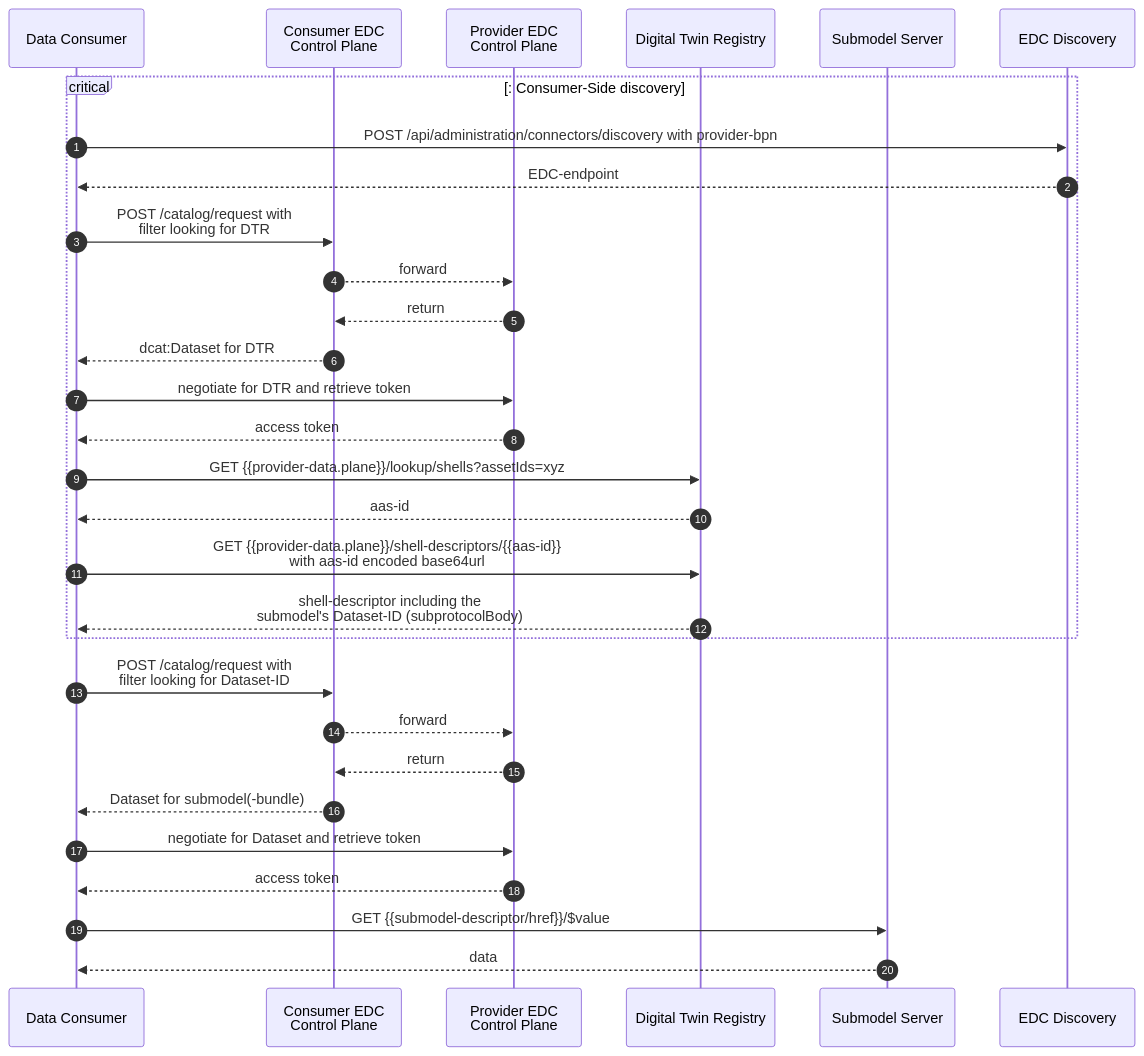
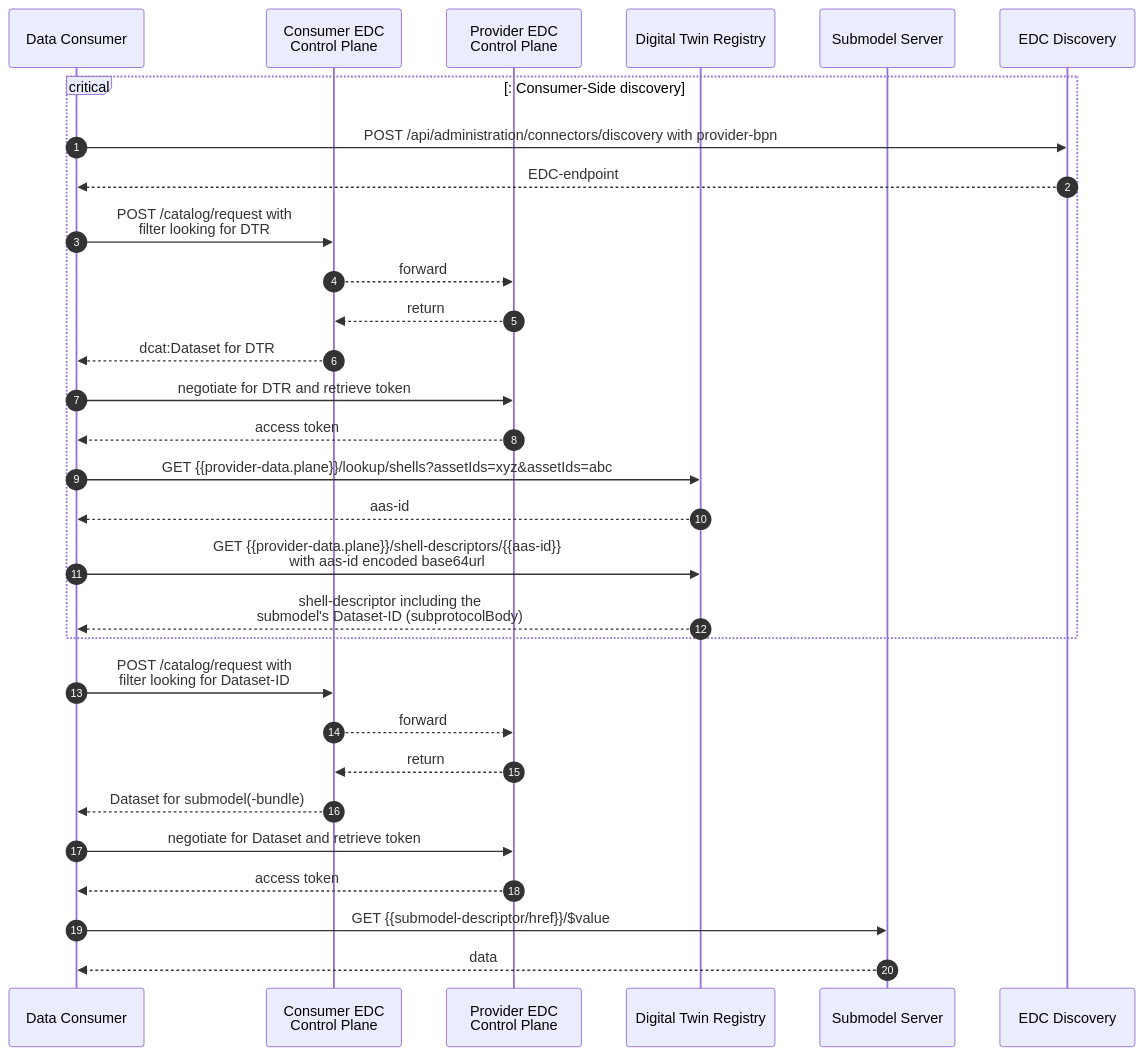
The third of 6 diagrams in docs-kits/kits/Digital Twin Kit/Software Development View/page_interaction-patterns.md (eclipse-tractusx/eclipse-tractusx.github.io), drawn with Mermaid before and after one commit. The commit also changed 1 other file, not shown here.

Commit message:
docs(dt): add guidance on passing multiple assetIds in /lookup/shells

````diff
--- a/docs-kits/kits/Digital Twin Kit/Software Development View/page_interaction-patterns.md
+++ b/docs-kits/kits/Digital Twin Kit/Software Development View/page_interaction-patterns.md
@@ -82,33 +82,33 @@
 ```mermaid
 sequenceDiagram
     participant Con as Data Consumer
     participant CEDC as Consumer EDC <br/>Control Plane
     participant PEDC as Provider EDC <br/>Control Plane
     participant DTR as Digital Twin Registry
     participant SM as Submodel Server
     participant EDCD as EDC Discovery
 
 autonumber
     critical: Consumer-Side discovery
         Con->>EDCD: POST /api/administration/connectors/discovery with provider-bpn
         EDCD-->>Con: EDC-endpoint
         Con->>CEDC: POST /catalog/request with <br/>filter looking for DTR
         CEDC-->>PEDC: forward
         PEDC-->>CEDC: return
         CEDC-->>Con: dcat:Dataset for DTR
         Con->>PEDC: negotiate for DTR and retrieve token
         PEDC-->>Con: access token
-        Con->>DTR: GET {{provider-data.plane}}/lookup/shells?assetIds=xyz
+        Con->>DTR: GET {{provider-data.plane}}/lookup/shells?assetIds=xyz&assetIds=abc
         DTR-->>Con: aas-id
         Con->>DTR: GET {{provider-data.plane}}/shell-descriptors/{{aas-id}} <br/> with aas-id encoded base64url
         DTR-->>Con: shell-descriptor including the  <br/> submodel's Dataset-ID (subprotocolBody)
      end
         Con->>CEDC: POST /catalog/request with <br/>filter looking for Dataset-ID
         CEDC-->>PEDC: forward
         PEDC-->>CEDC: return
         CEDC-->>Con: Dataset for submodel(-bundle)
         Con->>PEDC: negotiate for Dataset and retrieve token
         PEDC-->>Con: access token
         Con->>SM: GET {{submodel-descriptor/href}}/$value
         SM-->>Con: data
 ```
````
